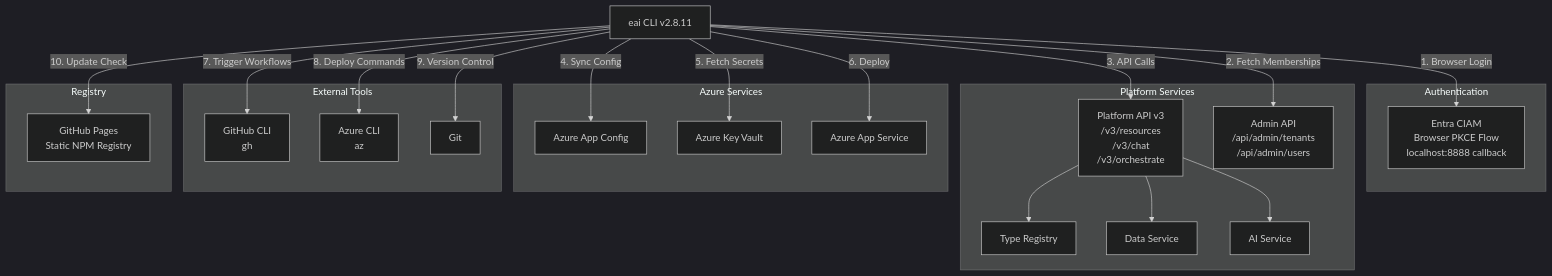
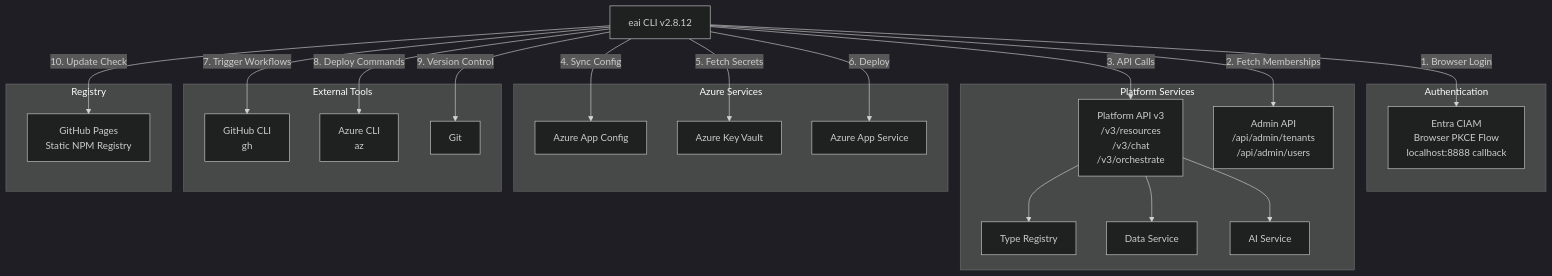
Before and after one commit to eai-support/eai: the diagram in .tech-docs/dependencies.md, drawn with Mermaid (dark theme). The commit also changed other lines of this file and 11 other files, not shown here.

````diff
--- a/.tech-docs/dependencies.md
+++ b/.tech-docs/dependencies.md
@@ -16,49 +16,49 @@
 ```mermaid
 graph TB
-    CLI[eai CLI v2.8.11]
+    CLI[eai CLI v2.8.12]
 
     subgraph "Authentication"
         EntraCIAM[Entra CIAM<br/>Browser PKCE Flow<br/>localhost:8888 callback]
     end
 
     subgraph "Platform Services"
         PublicAPI[Platform API v3<br/>/v3/resources<br/>/v3/chat<br/>/v3/orchestrate]
         AdminAPI[Admin API<br/>/api/admin/tenants<br/>/api/admin/users]
         TypeRegistry[Type Registry]
         DataService[Data Service]
         AIService[AI Service]
     end
 
     subgraph "Azure Services"
         AppConfig[Azure App Config]
         KeyVault[Azure Key Vault]
         AppService[Azure App Service]
     end
 
     subgraph "External Tools"
         GitHubCLI[GitHub CLI<br/>gh]
         AzureCLI[Azure CLI<br/>az]
         Git[Git]
     end
 
     subgraph "Registry"
         GitHubPages[GitHub Pages<br/>Static NPM Registry]
     end
 
     CLI -->|1. Browser Login| EntraCIAM
     CLI -->|2. Fetch Memberships| AdminAPI
     CLI -->|3. API Calls| PublicAPI
     PublicAPI --> TypeRegistry
     PublicAPI --> DataService
     PublicAPI --> AIService
 
     CLI -->|4. Sync Config| AppConfig
     CLI -->|5. Fetch Secrets| KeyVault
     CLI -->|6. Deploy| AppService
 
     CLI -->|7. Trigger Workflows| GitHubCLI
     CLI -->|8. Deploy Commands| AzureCLI
     CLI -->|9. Version Control| Git
 
     CLI -->|10. Update Check| GitHubPages
 ```
````
